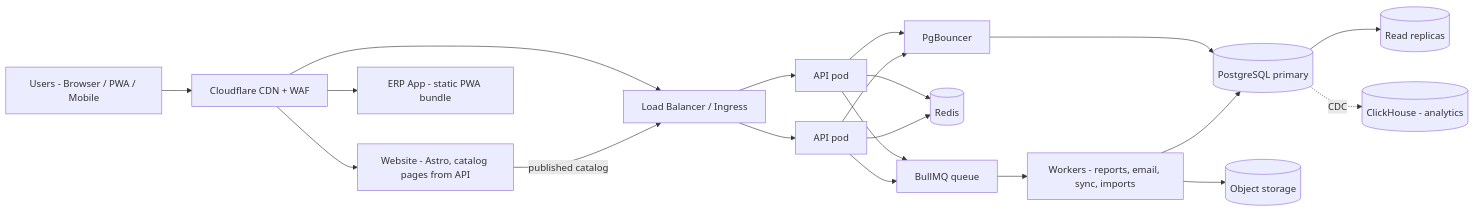
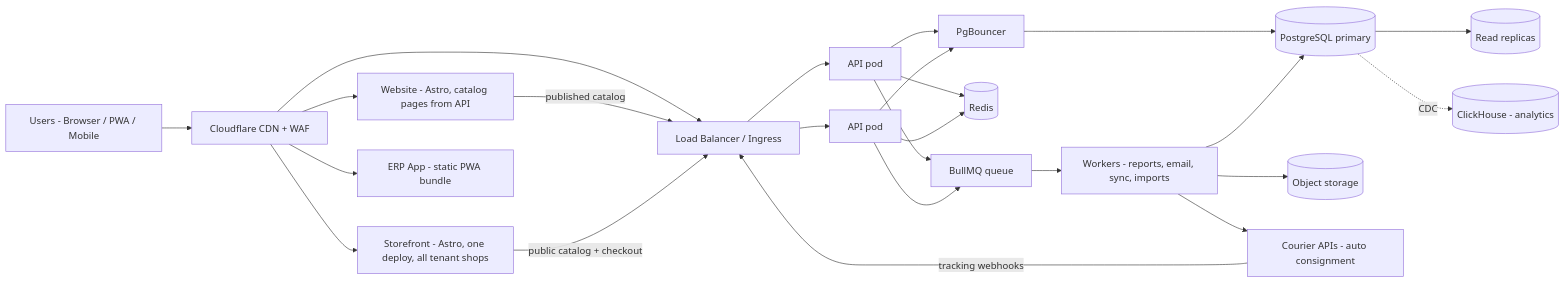
The diagram in README.md (AlEkramHossainAbir/Omnivo), drawn with Mermaid before and after one commit. The commit also changed other lines of this file and 1 other file, not shown here.

````diff
--- a/README.md
+++ b/README.md
@@ -69,19 +75,23 @@
 ```mermaid
 flowchart LR
   U[Users - Browser / PWA / Mobile] --> CF[Cloudflare CDN + WAF]
   CF --> WEB[Website - Astro, catalog pages from API]
+  CF --> SHOP[Storefront - Astro, one deploy, all tenant shops]
   CF --> APP[ERP App - static PWA bundle]
   CF --> LB[Load Balancer / Ingress]
   LB --> API1[API pod]
   LB --> API2[API pod]
   WEB -- published catalog --> LB
+  SHOP -- public catalog + checkout --> LB
   API1 & API2 --> PGB[PgBouncer]
   PGB --> PG[(PostgreSQL primary)]
   PG --> PGR[(Read replicas)]
   API1 & API2 --> R[(Redis)]
   API1 & API2 --> Q[BullMQ queue]
   Q --> W[Workers - reports, email, sync, imports]
   W --> PG
   W --> S3[(Object storage)]
+  W --> CR[Courier APIs - auto consignment]
+  CR -- tracking webhooks --> LB
   PG -. CDC .-> CH[(ClickHouse - analytics)]
 ```
````
